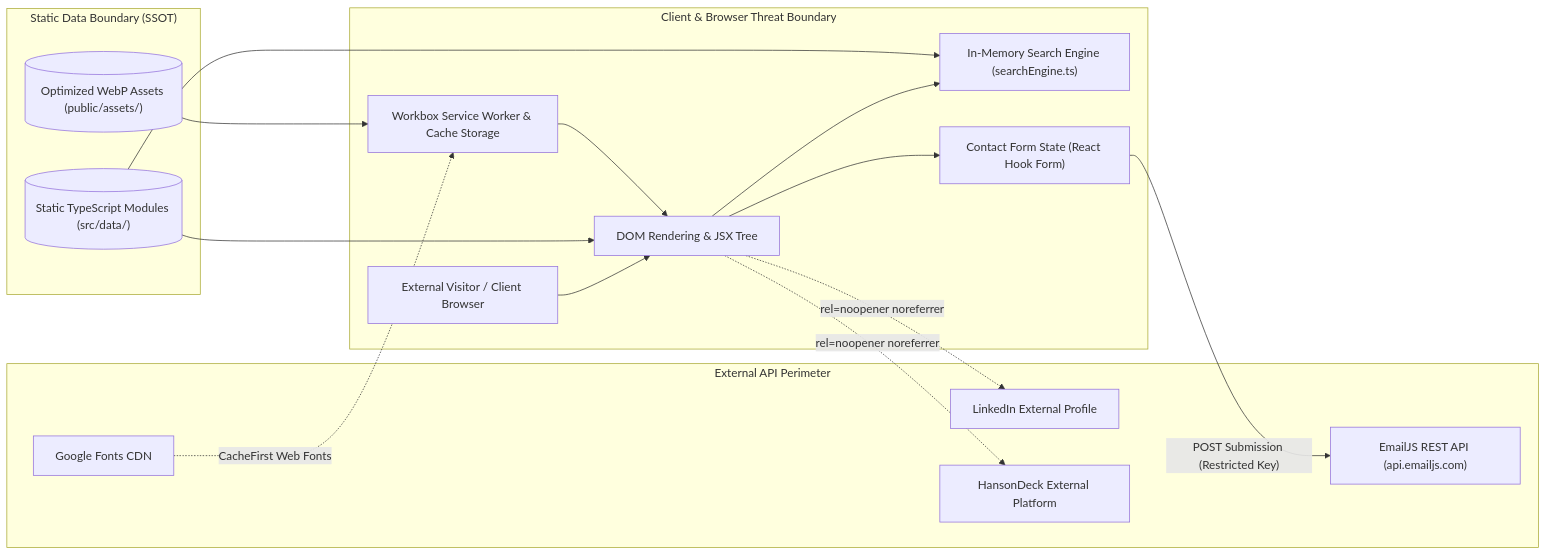
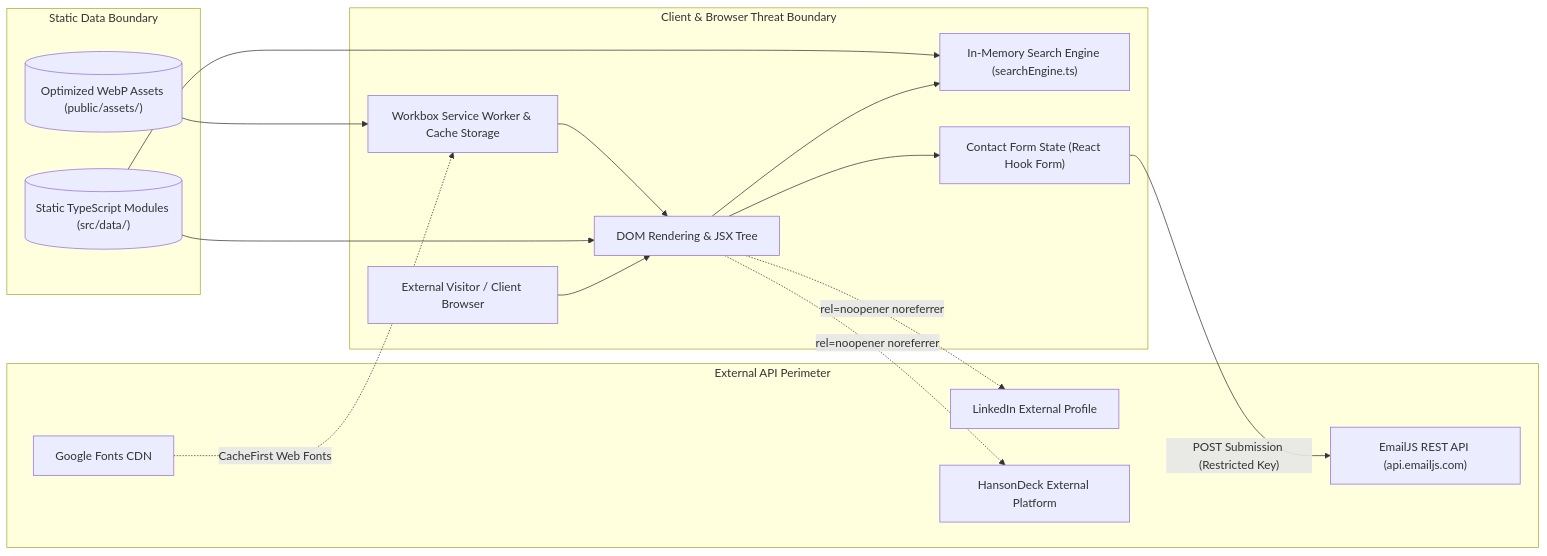
One commit to kxnghans/kxnghans.github.io changed the diagram in docs/review.md. Above: the diagram before and after it, drawn with Mermaid. The commit also changed other lines of this file and 11 other files, not shown here.

````diff
--- a/docs/review.md
+++ b/docs/review.md
@@ -14,34 +14,34 @@
 ```mermaid
 flowchart LR
     subgraph ClientThreatBoundary["Client & Browser Threat Boundary"]
         Visitor["External Visitor / Client Browser"]
         DOM["DOM Rendering & JSX Tree"]
         PWA["Workbox Service Worker & Cache Storage"]
         SearchEng["In-Memory Search Engine (searchEngine.ts)"]
         ContactForm["Contact Form State (React Hook Form)"]
     end
 
-    subgraph DataLayer["Static Data Boundary (SSOT)"]
+    subgraph DataLayer["Static Data Boundary"]
         StaticTS[("Static TypeScript Modules (src/data/)")]
         MediaAssets[("Optimized WebP Assets (public/assets/)")]
     end
 
     subgraph ExternalIntegrations["External API Perimeter"]
         EmailJSAPI["EmailJS REST API (api.emailjs.com)"]
         LinkedIn["LinkedIn External Profile"]
         HansonDeck["HansonDeck External Platform"]
         GoogleFonts["Google Fonts CDN"]
     end
 
     Visitor --> DOM
     DOM --> ContactForm
     DOM --> SearchEng
     StaticTS --> SearchEng
     StaticTS --> DOM
     MediaAssets --> PWA
     PWA --> DOM
     ContactForm -- "POST Submission (Restricted Key)" --> EmailJSAPI
     DOM -. "rel=noopener noreferrer" .-> LinkedIn
     DOM -. "rel=noopener noreferrer" .-> HansonDeck
     GoogleFonts -. "CacheFirst Web Fonts" .-> PWA
 ```
````
